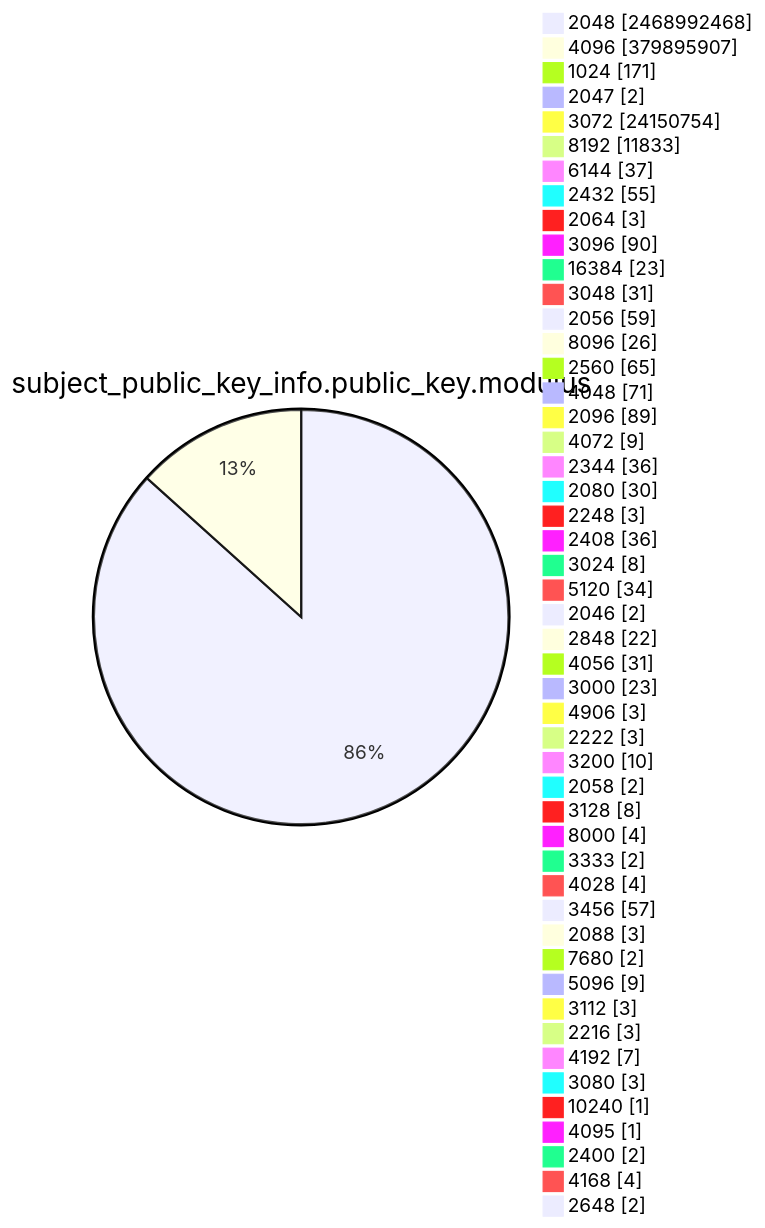
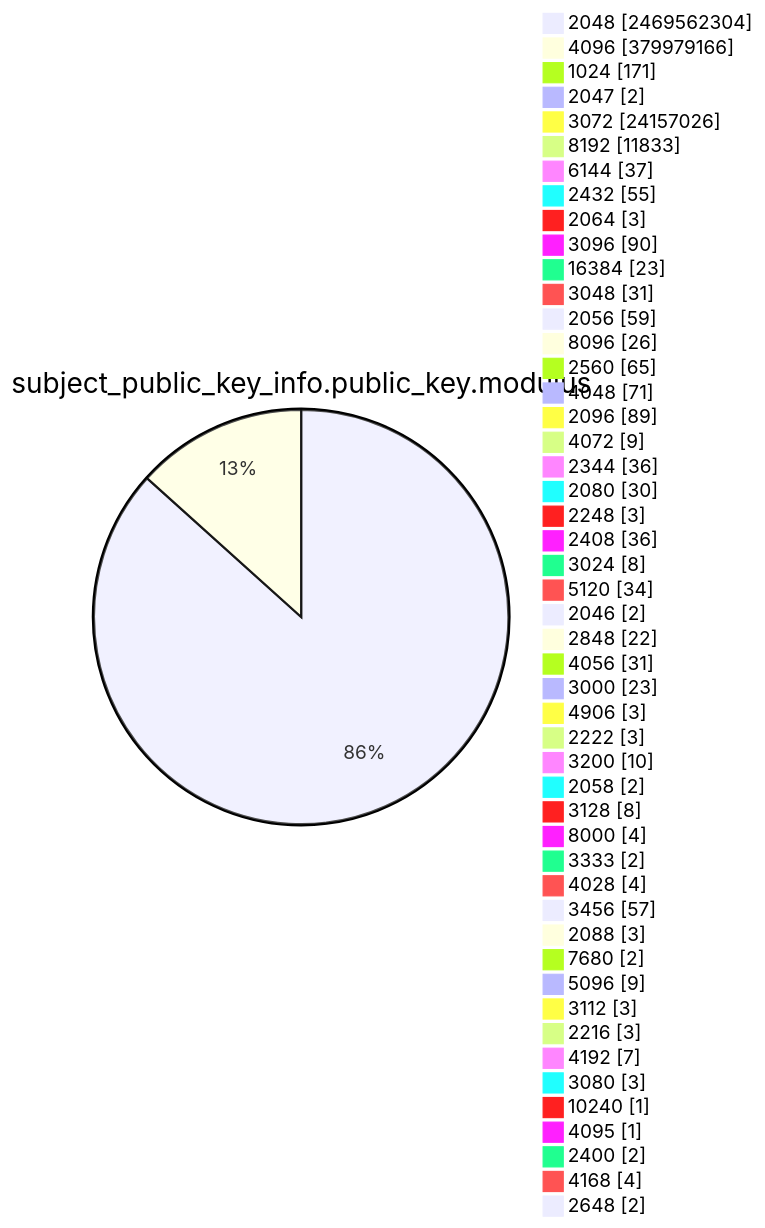
Before and after one commit to christiankrug/ctmonitor_visualization: diagram 13 of 15 in TOTAL/README.md, drawn with Mermaid. The commit also changed other lines of this file, not shown here.

````diff
--- a/TOTAL/README.md
+++ b/TOTAL/README.md
@@ -4168,53 +4168,53 @@
 ```mermaid
 pie showData
 title subject_public_key_info.public_key.modulus
-"2048" :2468992468
-"4096" :379895907
+"2048" :2469562304
+"4096" :379979166
 "1024" :171
 "2047" :2
-"3072" :24150754
+"3072" :24157026
 "8192" :11833
 "6144" :37
 "2432" :55
 "2064" :3
 "3096" :90
 "16384" :23
 "3048" :31
 "2056" :59
 "8096" :26
 "2560" :65
 "4048" :71
 "2096" :89
 "4072" :9
 "2344" :36
 "2080" :30
 "2248" :3
 "2408" :36
 "3024" :8
 "5120" :34
 "2046" :2
 "2848" :22
 "4056" :31
 "3000" :23
 "4906" :3
 "2222" :3
 "3200" :10
 "2058" :2
 "3128" :8
 "8000" :4
 "3333" :2
 "4028" :4
 "3456" :57
 "2088" :3
 "7680" :2
 "5096" :9
 "3112" :3
 "2216" :3
 "4192" :7
 "3080" :3
 "10240" :1
 "4095" :1
 "2400" :2
 "4168" :4
 "2648" :2
 ```
````
